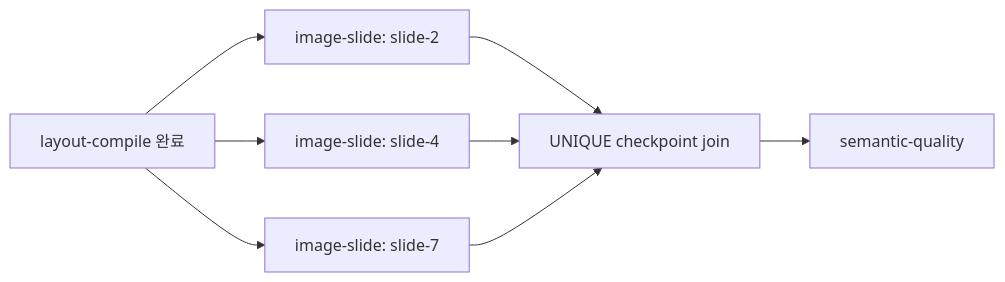
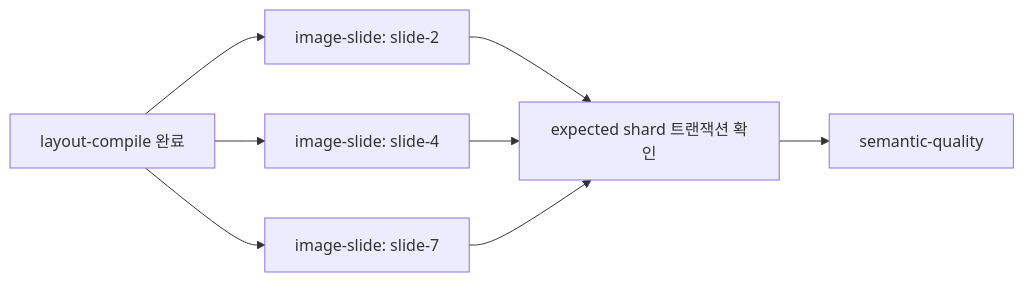
One commit to na-man-mu-303-team2/Orbit changed the second of 4 diagrams in docs/plans/ai-ppt-sqs-pipeline-refactoring.md. Above: the diagram before and after it, drawn with Mermaid. The commit also changed other lines of this file and 3 other files, not shown here.

````diff
--- a/docs/plans/ai-ppt-sqs-pipeline-refactoring.md
+++ b/docs/plans/ai-ppt-sqs-pipeline-refactoring.md
@@ -199,10 +214,10 @@
 ```mermaid
 flowchart LR
     A["layout-compile 완료"] --> B1["image-slide: slide-2"]
     A --> B2["image-slide: slide-4"]
     A --> B3["image-slide: slide-7"]
-    B1 --> C["UNIQUE checkpoint join"]
+    B1 --> C["expected shard 트랜잭션 확인"]
     B2 --> C
     B3 --> C
     C --> D["semantic-quality"]
 ```
````
